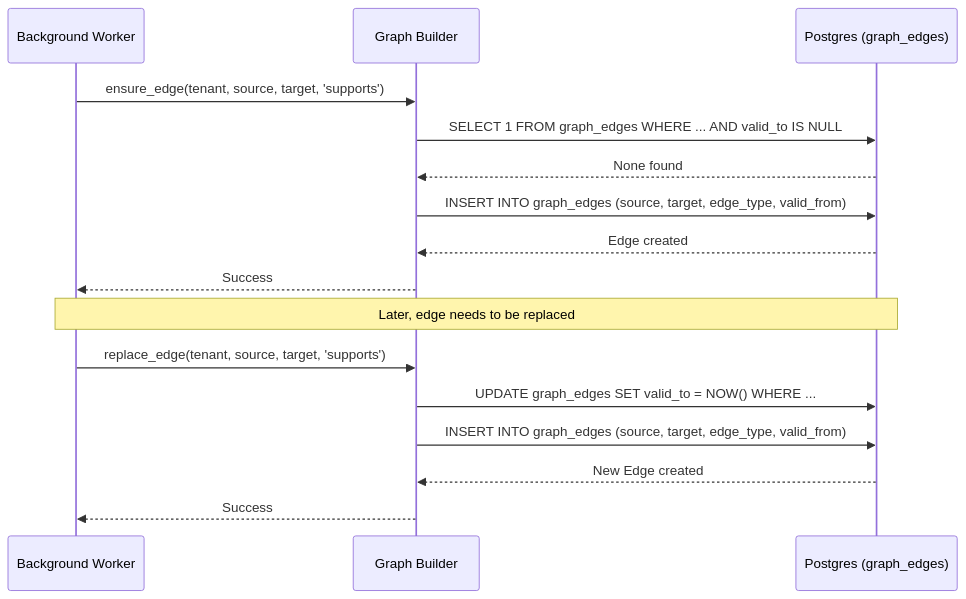
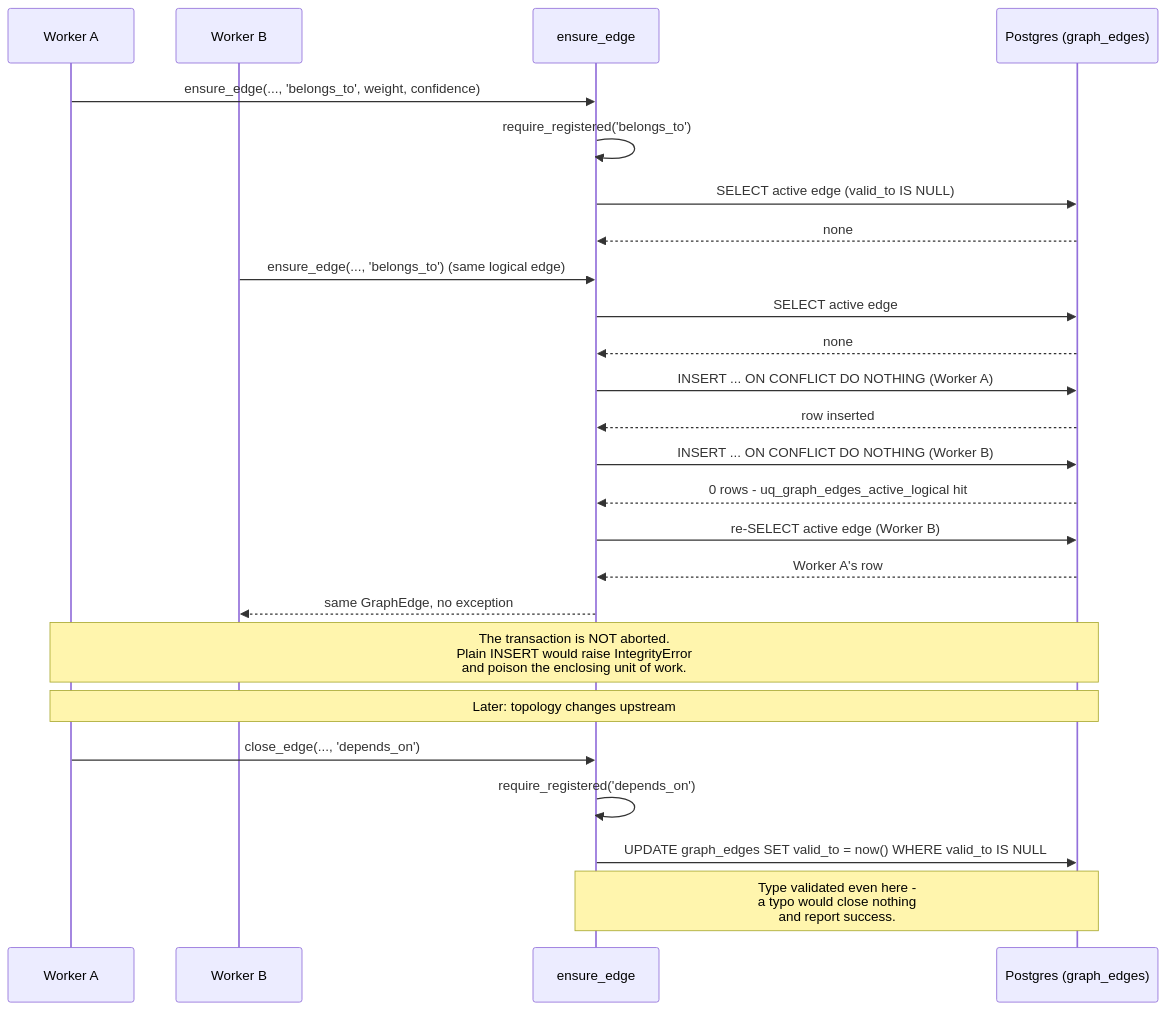
The third of 3 diagrams in docs/08_Context_Graph.md (Valuedx/ContextEdge), drawn with Mermaid before and after one commit. The commit also changed other lines of this file and 48 other files, not shown here.

````diff
--- a/docs/08_Context_Graph.md
+++ b/docs/08_Context_Graph.md
@@ -592,21 +934,31 @@
 ```mermaid
 sequenceDiagram
-    participant Worker as Background Worker
-    participant Builder as Graph Builder
+    participant WA as Worker A
+    participant WB as Worker B
+    participant Builder as ensure_edge
     participant DB as Postgres (graph_edges)
 
-    Worker->>Builder: ensure_edge(tenant, source, target, 'supports')
-    Builder->>DB: SELECT 1 FROM graph_edges WHERE ... AND valid_to IS NULL
-    DB-->>Builder: None found
-    Builder->>DB: INSERT INTO graph_edges (source, target, edge_type, valid_from)
-    DB-->>Builder: Edge created
-    Builder-->>Worker: Success
+    WA->>Builder: ensure_edge(..., 'belongs_to', weight, confidence)
+    Builder->>Builder: require_registered('belongs_to')
+    Builder->>DB: SELECT active edge (valid_to IS NULL)
+    DB-->>Builder: none
+    WB->>Builder: ensure_edge(..., 'belongs_to')  (same logical edge)
+    Builder->>DB: SELECT active edge
+    DB-->>Builder: none
+    Builder->>DB: INSERT ... ON CONFLICT DO NOTHING  (Worker A)
+    DB-->>Builder: row inserted
+    Builder->>DB: INSERT ... ON CONFLICT DO NOTHING  (Worker B)
+    DB-->>Builder: 0 rows - uq_graph_edges_active_logical hit
+    Builder->>DB: re-SELECT active edge  (Worker B)
+    DB-->>Builder: Worker A's row
+    Builder-->>WB: same GraphEdge, no exception
 
-    Note over Worker,DB: Later, edge needs to be replaced
+    Note over WA,DB: The transaction is NOT aborted.<br/>Plain INSERT would raise IntegrityError<br/>and poison the enclosing unit of work.
 
-    Worker->>Builder: replace_edge(tenant, source, target, 'supports')
-    Builder->>DB: UPDATE graph_edges SET valid_to = NOW() WHERE ...
-    Builder->>DB: INSERT INTO graph_edges (source, target, edge_type, valid_from)
-    DB-->>Builder: New Edge created
-    Builder-->>Worker: Success
+    Note over WA,DB: Later: topology changes upstream
+
+    WA->>Builder: close_edge(..., 'depends_on')
+    Builder->>Builder: require_registered('depends_on')
+    Builder->>DB: UPDATE graph_edges SET valid_to = now() WHERE valid_to IS NULL
+    Note over Builder,DB: Type validated even here -<br/>a typo would close nothing<br/>and report success.
 ```
````
